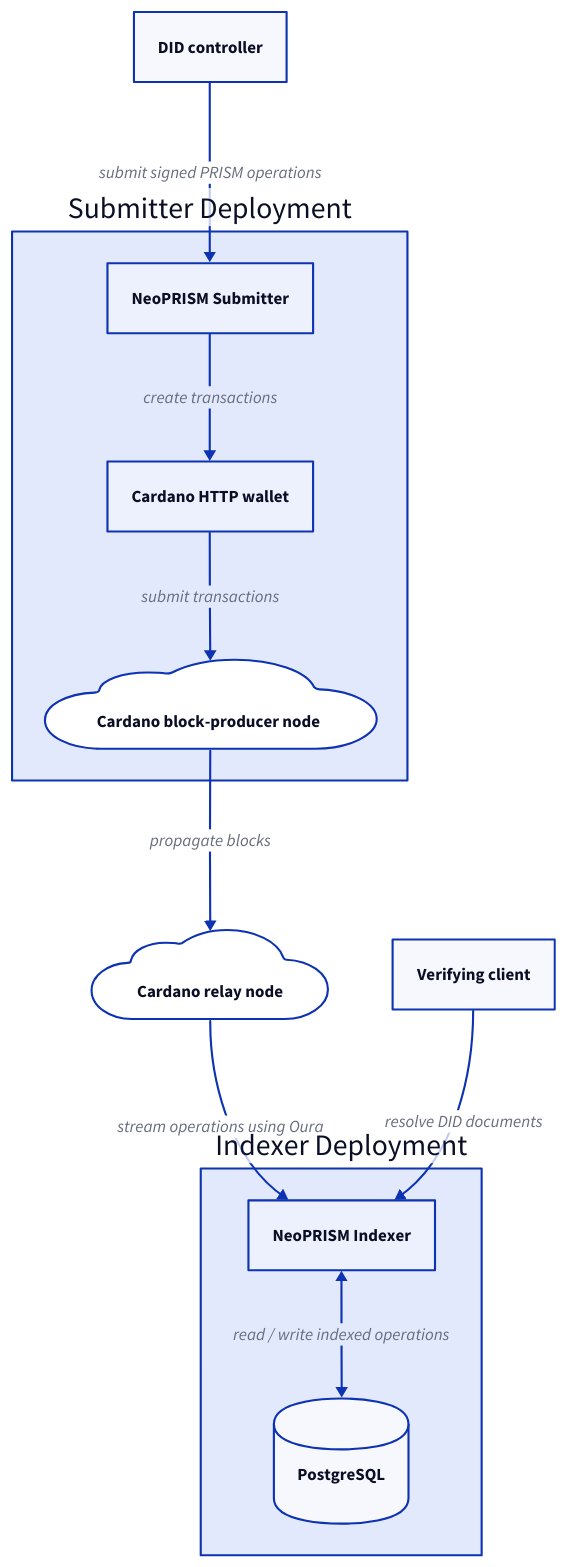
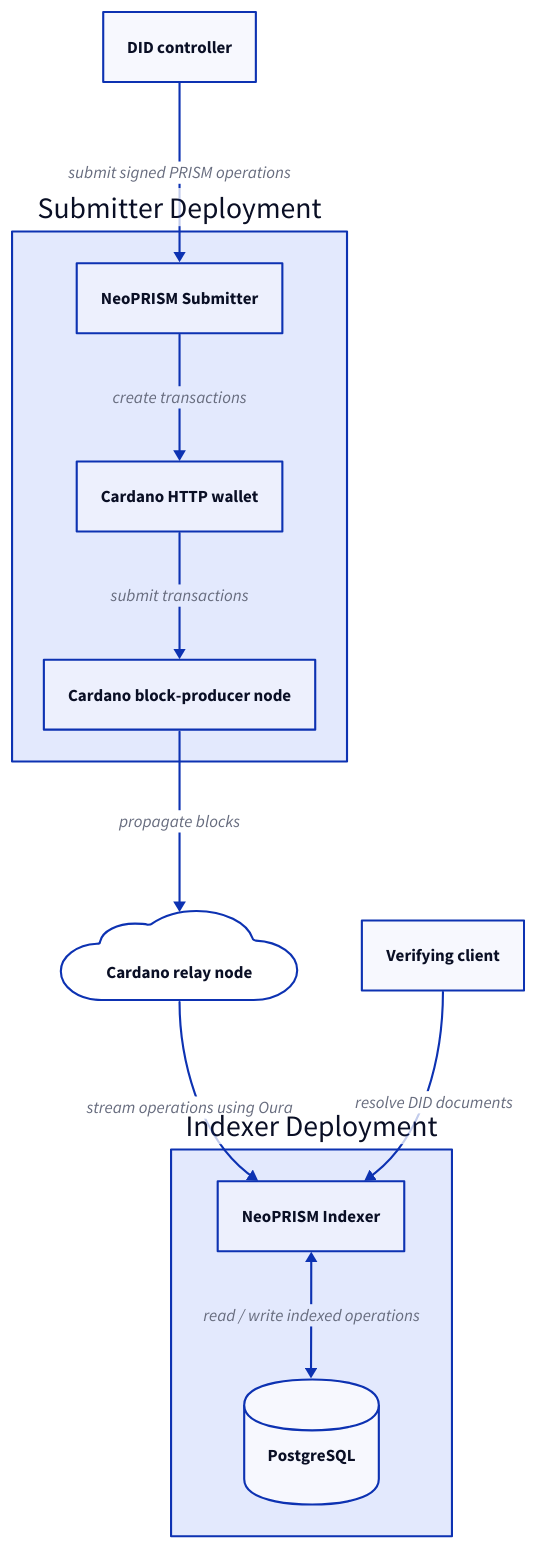
The second of 2 diagrams in docs/src/architecture/README.md (hyperledger-identus/neoprism), drawn with D2 before and after one commit. The commit also changed other lines of this file, not shown here.

Commit message:
docs: update architecture documentation to include standalone deployment options

````diff
--- a/docs/src/architecture/README.md
+++ b/docs/src/architecture/README.md
@@ -59,33 +57,30 @@
 ```d2
 did-controller: "DID controller"
 verifier: "Verifying client"
 cardano-node: "Cardano relay node" {
   shape: cloud
 }
 
 indexer-deployment: "Indexer Deployment" {
   indexer: "NeoPRISM Indexer"
   db: "PostgreSQL" {
     shape: cylinder
   }
 
   indexer <-> db: read / write indexed operations
 }
 
 indexer-deployment.indexer <- cardano-node: stream operations using Oura
 verifier -> indexer-deployment.indexer: resolve DID documents
 
 submitter-deployment: "Submitter Deployment" {
   submitter: "NeoPRISM Submitter"
   cardano-wallet: "Cardano HTTP wallet"
-  cardano-blockproducer: "Cardano block-producer node" {
-    shape: cloud
-  }
-
+  cardano-blockproducer: "Cardano block-producer node"
   submitter -> cardano-wallet: create transactions
   cardano-wallet -> cardano-blockproducer: submit transactions
 }
 
 did-controller -> submitter-deployment.submitter: submit signed PRISM operations
 submitter-deployment.cardano-blockproducer -> cardano-node: propagate blocks
 ```
````
